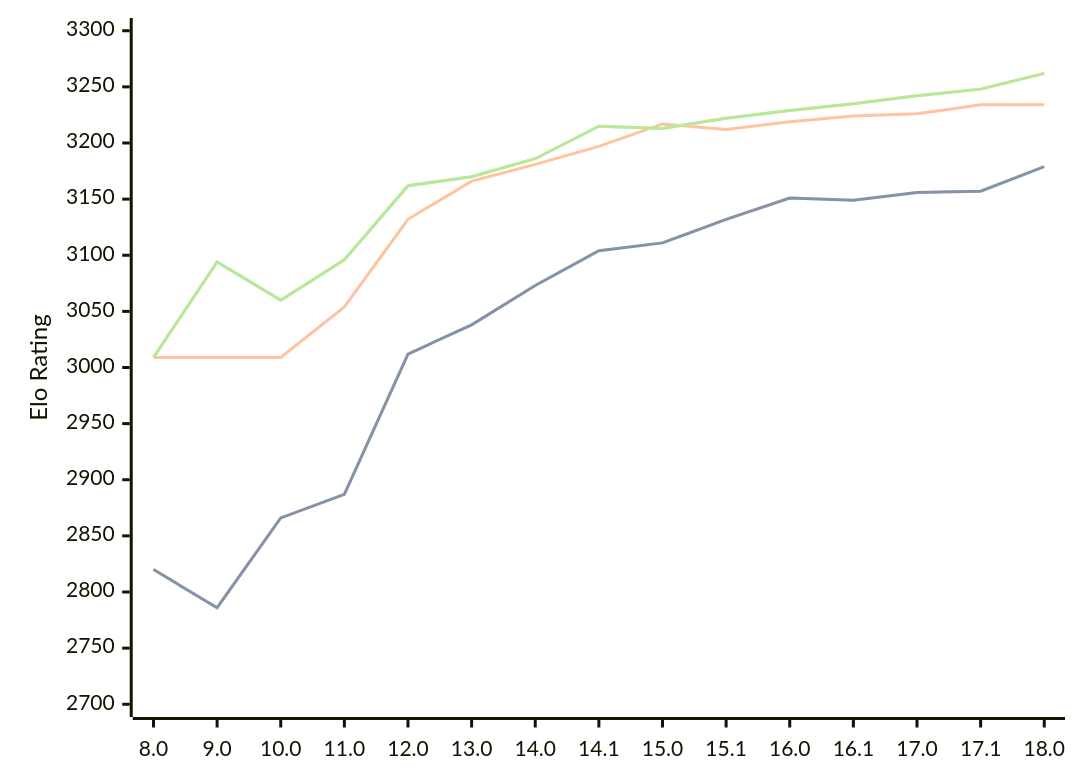
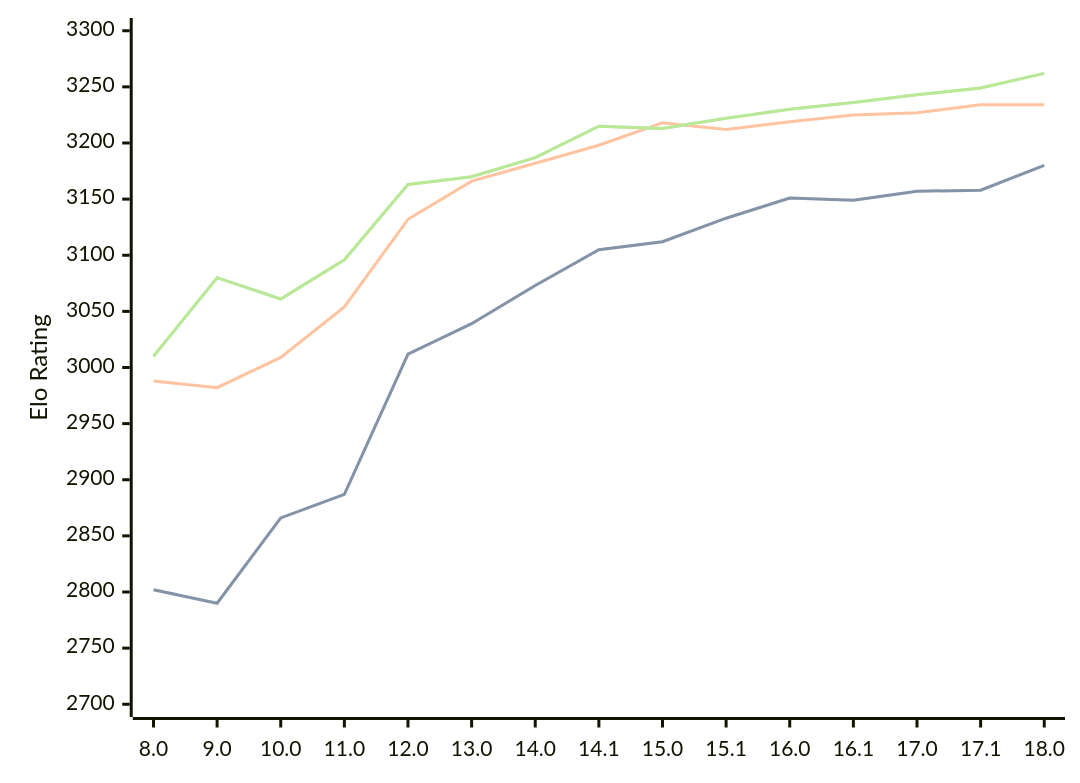
One commit to computer-chess-index/cci changed the diagram in engines/Stockfish.md. Above: the diagram before and after it, drawn with Mermaid. The commit also changed other lines of this file, not shown here.

Commit message:
Update CCI Ratings (ELO VLTC) - 2026-02-24

````diff
--- a/engines/Stockfish.md
+++ b/engines/Stockfish.md
@@ -43,11 +43,11 @@
 ```mermaid
 %%{init: {"theme":"base","themeVariables":{"seriesColors:['#a3a3a3','#222221','#faa371']}}}%%
 xychart-beta
   x-axis ["8.0", "9.0", "10.0", "11.0", "12.0", "13.0", "14.0", "14.1", "15.0", "15.1", "16.0", "16.1", "17.0", "17.1", "18.0"]
   y-axis "Elo Rating" 2700 --> 3300
-  line "STC (8.0+0.08s)" [2820, 2786, 2866, 2887, 3012, 3038, 3073, 3104, 3111, 3132, 3151, 3149, 3156, 3157, 3179]
-  line "STC (8.0+0.08s)" [2820, 2786, 2866, 2887, 3012, 3038, 3073, 3104, 3111, 3132, 3151, 3149, 3156, 3157, 3179]
-  line "LTC (60.0+0.60s)" [3009, 3009, 3009, 3054, 3132, 3166, 3181, 3197, 3217, 3212, 3219, 3224, 3226, 3234, 3234]
-  line "VLTC (2m24s+1.12s)" [3009, 3094, 3060, 3096, 3162, 3170, 3186, 3215, 3213, 3222, 3229, 3235, 3242, 3248, 3262]
-  line "VLTC (2m24s+1.12s)" [3009, 3094, 3060, 3096, 3162, 3170, 3186, 3215, 3213, 3222, 3229, 3235, 3242, 3248, 3262]
+  line "STC (8.0+0.08s)" [2802, 2790, 2866, 2887, 3012, 3039, 3073, 3105, 3112, 3133, 3151, 3149, 3157, 3158, 3180]
+  line "STC (8.0+0.08s)" [2802, 2790, 2866, 2887, 3012, 3039, 3073, 3105, 3112, 3133, 3151, 3149, 3157, 3158, 3180]
+  line "LTC (60.0+0.60s)" [2988, 2982, 3009, 3054, 3132, 3166, 3182, 3198, 3218, 3212, 3219, 3225, 3227, 3234, 3234]
+  line "VLTC (2m24s+1.12s)" [3010, 3080, 3061, 3096, 3163, 3170, 3187, 3215, 3213, 3222, 3230, 3236, 3243, 3249, 3262]
+  line "VLTC (2m24s+1.12s)" [3010, 3080, 3061, 3096, 3163, 3170, 3187, 3215, 3213, 3222, 3230, 3236, 3243, 3249, 3262]
 ```
````
